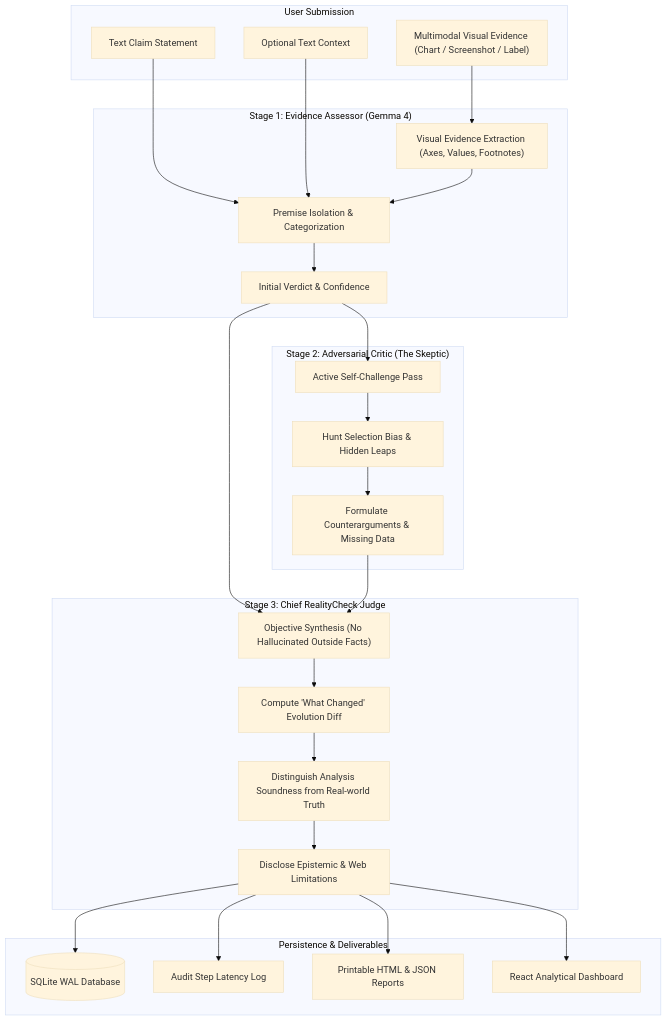
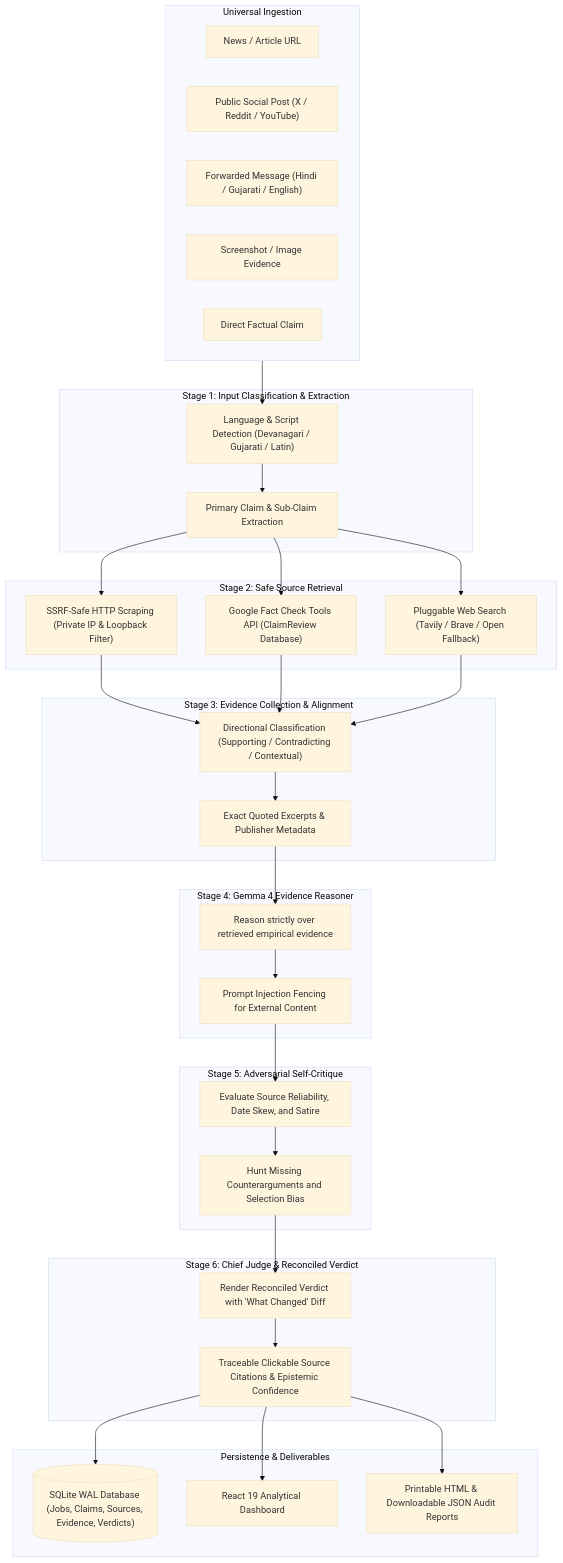
One commit to gunmasterg9/RealityCheck-AI changed the diagram in README.md. Above: the diagram before and after it, drawn with Mermaid (base theme). The commit also changed other lines of this file and 26 other files, not shown here.

First line of the commit message:
feat: Upgrade to RealityCheck AI 2.0 Real-Time Fact Verification Platform

````diff
--- a/README.md
+++ b/README.md
@@ -29,52 +29,66 @@
 ```mermaid
 flowchart TD
-    subgraph Input ["User Submission"]
-        Claim["Text Claim Statement"]
-        Context["Optional Text Context"]
-        Image["Multimodal Visual Evidence (Chart / Screenshot / Label)"]
+    subgraph Input ["Universal Ingestion"]
+        URL["News / Article URL"]
+        Social["Public Social Post (X / Reddit / YouTube)"]
+        Msg["Forwarded Message (Hindi / Gujarati / English)"]
+        Img["Screenshot / Image Evidence"]
+        Claim["Direct Factual Claim"]
     end
 
-    subgraph Stage1 ["Stage 1: Evidence Assessor (Gemma 4)"]
-        OCR["Visual Evidence Extraction (Axes, Values, Footnotes)"]
-        Premise["Premise Isolation & Categorization"]
-        InitVerdict["Initial Verdict & Confidence"]
+    subgraph Stage1 ["Stage 1: Input Classification & Extraction"]
+        DetectLang["Language & Script Detection (Devanagari / Gujarati / Latin)"]
+        ExtractClaim["Primary Claim & Sub-Claim Extraction"]
     end
 
-    subgraph Stage2 ["Stage 2: Adversarial Critic (The Skeptic)"]
-        StressTest["Active Self-Challenge Pass"]
-        BlindSpots["Hunt Selection Bias & Hidden Leaps"]
-        CounterArgs["Formulate Counterarguments & Missing Data"]
+    subgraph Stage2 ["Stage 2: Safe Source Retrieval"]
+        SSRF["SSRF-Safe HTTP Scraping (Private IP & Loopback Filter)"]
+        GoogleFC["Google Fact Check Tools API (ClaimReview Database)"]
+        WebSearch["Pluggable Web Search (Tavily / Brave / Open Fallback)"]
     end
 
-    subgraph Stage3 ["Stage 3: Chief RealityCheck Judge"]
-        Adjudicate["Objective Synthesis (No Hallucinated Outside Facts)"]
-        WhatChanged["Compute 'What Changed' Evolution Diff"]
-        Clarity["Distinguish Analysis Soundness from Real-world Truth"]
-        Disclose["Disclose Epistemic & Web Limitations"]
+    subgraph Stage3 ["Stage 3: Evidence Collection & Alignment"]
+        Align["Directional Classification (Supporting / Contradicting / Contextual)"]
+        Excerpts["Exact Quoted Excerpts & Publisher Metadata"]
+    end
+
+    subgraph Stage4 ["Stage 4: Gemma 4 Evidence Reasoner"]
+        Reasoning["Reason strictly over retrieved empirical evidence"]
+        Fencing["Prompt Injection Fencing for External Content"]
+    end
+
+    subgraph Stage5 ["Stage 5: Adversarial Self-Critique"]
+        StressTest["Evaluate Source Reliability, Date Skew, and Satire"]
+        CounterEvidence["Hunt Missing Counterarguments and Selection Bias"]
+    end
+
+    subgraph Stage6 ["Stage 6: Chief Judge & Reconciled Verdict"]
+        Adjudicate["Render Reconciled Verdict with 'What Changed' Diff"]
+        Citations["Traceable Clickable Source Citations & Epistemic Confidence"]
     end
 
     subgraph Storage ["Persistence & Deliverables"]
-        DB[("SQLite WAL Database")]
-        AuditLog["Audit Step Latency Log"]
-        Report["Printable HTML & JSON Reports"]
-        Dashboard["React Analytical Dashboard"]
+        DB[("SQLite WAL Database (Jobs, Claims, Sources, Evidence, Verdicts)")]
+        UI["React 19 Analytical Dashboard"]
+        Audit["Printable HTML & Downloadable JSON Audit Reports"]
     end
 
-    Claim --> Premise
-    Context --> Premise
-    Image --> OCR
-    OCR --> Premise
-    Premise --> InitVerdict
-    InitVerdict --> StressTest
-    StressTest --> BlindSpots
-    BlindSpots --> CounterArgs
-    InitVerdict --> Adjudicate
-    CounterArgs --> Adjudicate
-    Adjudicate --> WhatChanged
-    WhatChanged --> Clarity
-    Clarity --> Disclose
-    Disclose --> DB
-    Disclose --> AuditLog
-    Disclose --> Report
-    Disclose --> Dashboard
+    Input --> DetectLang
+    DetectLang --> ExtractClaim
+    ExtractClaim --> SSRF
+    ExtractClaim --> GoogleFC
+    ExtractClaim --> WebSearch
+    SSRF --> Align
+    GoogleFC --> Align
+    WebSearch --> Align
+    Align --> Excerpts
+    Excerpts --> Reasoning
+    Reasoning --> Fencing
+    Fencing --> StressTest
+    StressTest --> CounterEvidence
+    CounterEvidence --> Adjudicate
+    Adjudicate --> Citations
+    Citations --> DB
+    Citations --> UI
+    Citations --> Audit
 ```
````
